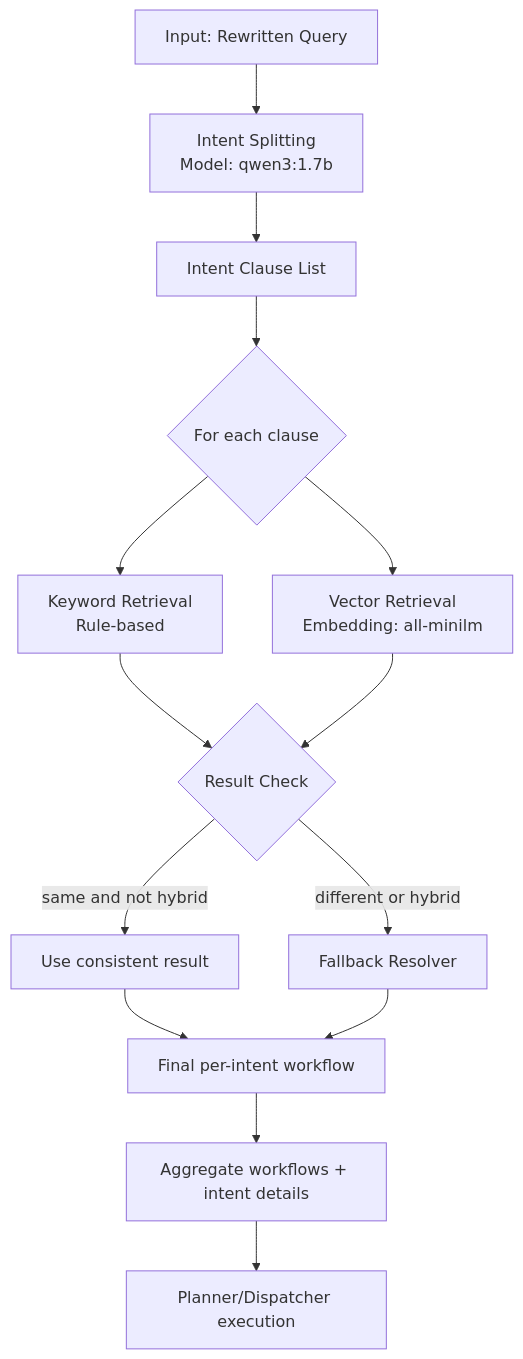
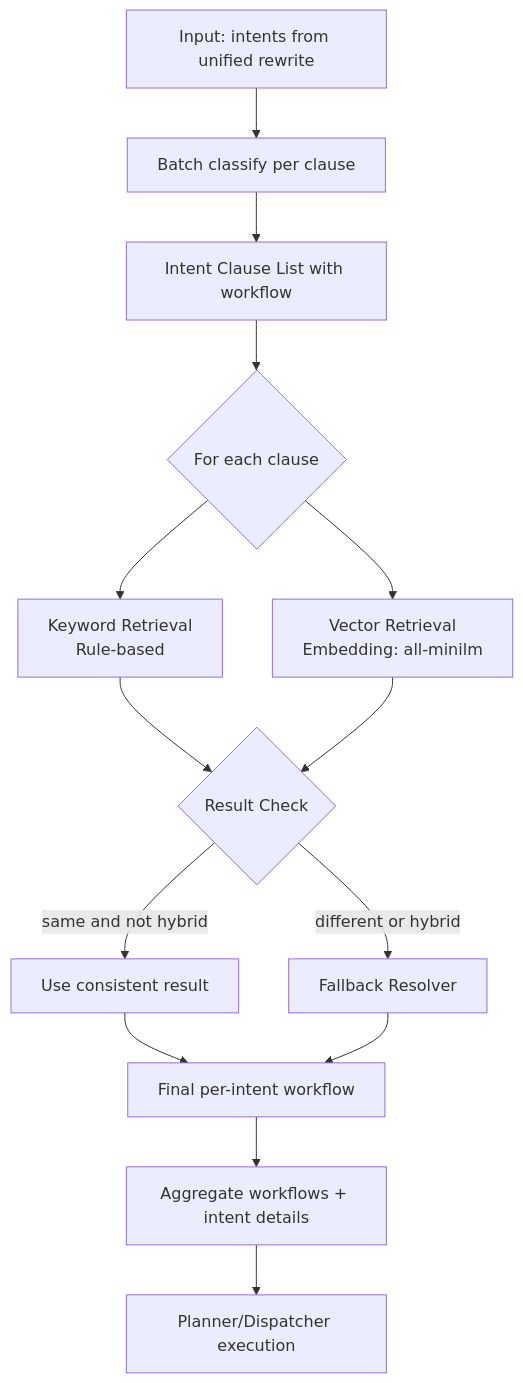
The third of 9 diagrams in docs/FRAMEWORK.md (lenhop/IC-RAG-Agent), drawn with Mermaid before and after one commit. The commit also changed other lines of this file and 28 other files, not shown here.

Commit message:
merge intent splitting to rewriting

````diff
--- a/docs/FRAMEWORK.md
+++ b/docs/FRAMEWORK.md
@@ -310,16 +304,16 @@
 ```mermaid
 flowchart TD
-    A[Input: Rewritten Query] --> B[Intent Splitting<br/>Model: qwen3:1.7b]
-    B --> C[Intent Clause List]
+    A[Input: intents from unified rewrite] --> B[Batch classify per clause]
+    B --> C[Intent Clause List with workflow]
     C --> D{For each clause}
     D --> E1[Keyword Retrieval<br/>Rule-based]
     D --> E2[Vector Retrieval<br/>Embedding: all-minilm]
     E1 --> F{Result Check}
     E2 --> F
     F -->|same and not hybrid| G[Use consistent result]
     F -->|different or hybrid| H[Fallback Resolver]
     G --> I[Final per-intent workflow]
     H --> I
     I --> J[Aggregate workflows + intent details]
     J --> K[Planner/Dispatcher execution]
 ```
````
